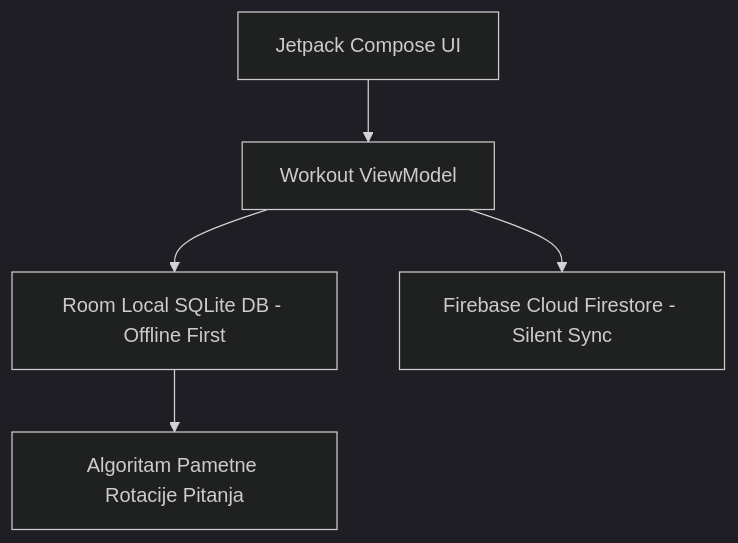
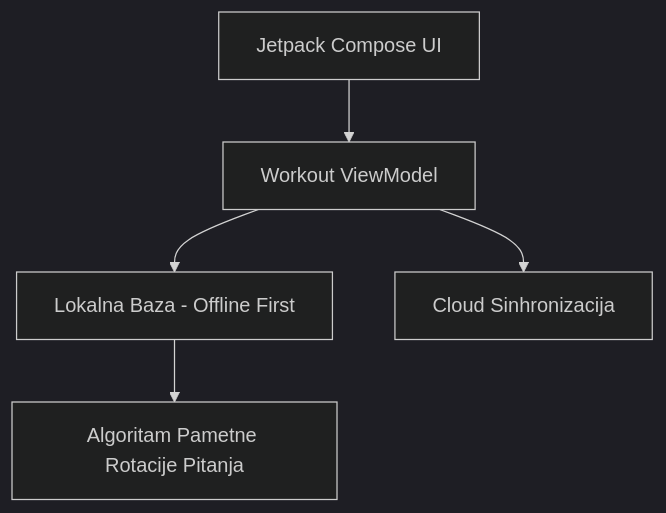
The diagram in README.md (fiksr/mozaik-mozgalica), drawn with Mermaid (dark theme) before and after one commit. The commit also changed other lines of this file, not shown here.

````diff
--- a/README.md
+++ b/README.md
@@ -132,7 +132,7 @@
 ```mermaid
 graph TD
     A[Jetpack Compose UI] --> B[Workout ViewModel]
-    B --> C[Room Local SQLite DB - Offline First]
-    B --> D[Firebase Cloud Firestore - Silent Sync]
+    B --> C[Lokalna Baza - Offline First]
+    B --> D[Cloud Sinhronizacija]
     C --> E[Algoritam Pametne Rotacije Pitanja]
 ```
````
